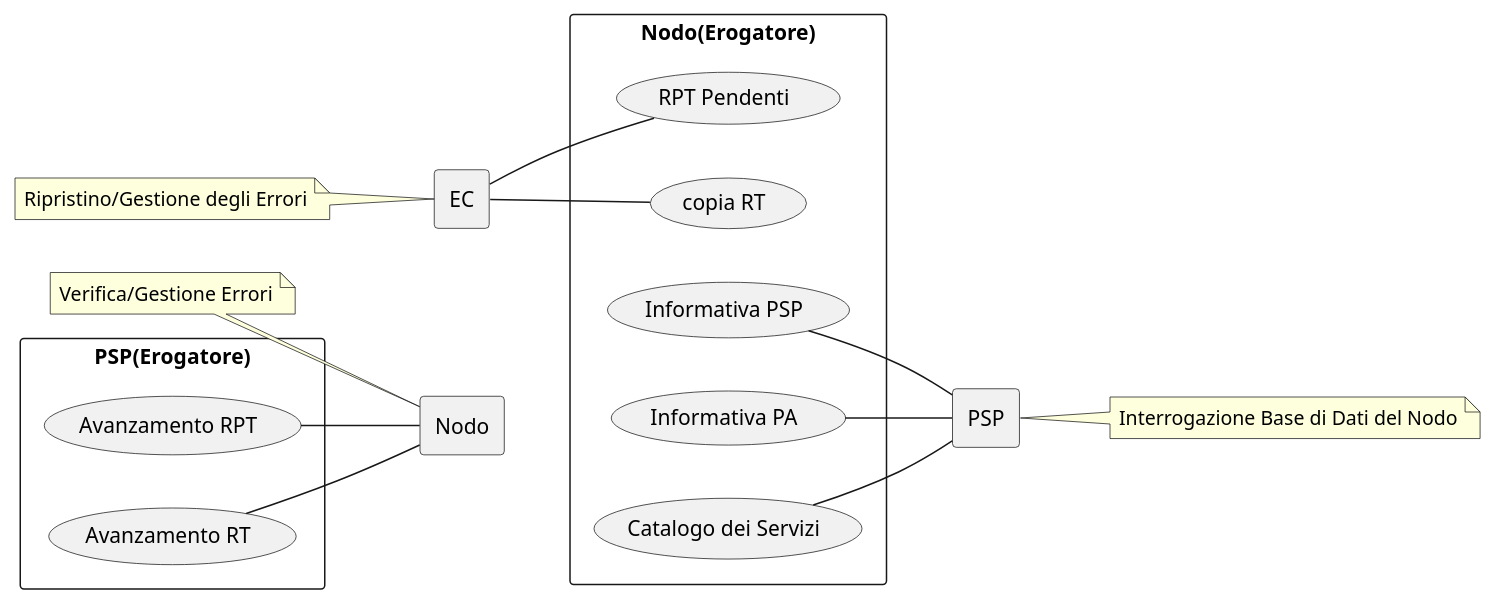
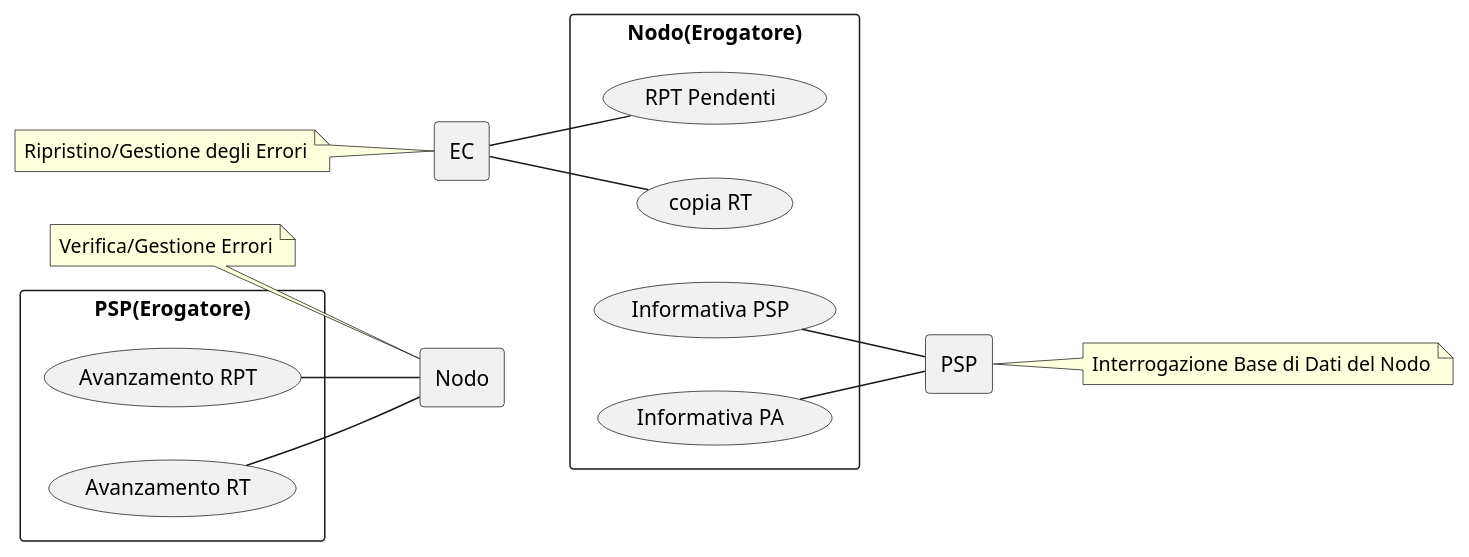
Before and after one commit to pagopa-archive/pagopa-specifichepagamenti-docs: the diagram in puml-diagrams/uc_funzioni_recupero.puml, drawn with PlantUML.

Commit message:
Update uc_funzioni_recupero.puml
eliminazione del diagramma catalogo dei servizi

```diff
--- a/puml-diagrams/uc_funzioni_recupero.puml
+++ b/puml-diagrams/uc_funzioni_recupero.puml
@@ -1,22 +1,21 @@
 @startuml
 left to right direction
 skinparam packageStyle rectangle
 agent Nodo
 note left of Nodo: Verifica/Gestione Errori
 agent EC
 note left of EC: Ripristino/Gestione degli Errori
 agent PSP
 note right of PSP: Interrogazione Base di Dati del Nodo
 rectangle Nodo(Erogatore) {
   EC-- (RPT Pendenti)
   EC-- (copia RT)
   (Informativa PSP) -- PSP
   (Informativa PA) -- PSP
-  (Catalogo dei Servizi)--PSP
 }
 
 rectangle PSP(Erogatore) {
     (Avanzamento RPT) -- Nodo
     (Avanzamento RT) -- Nodo
 }
 @enduml
```
